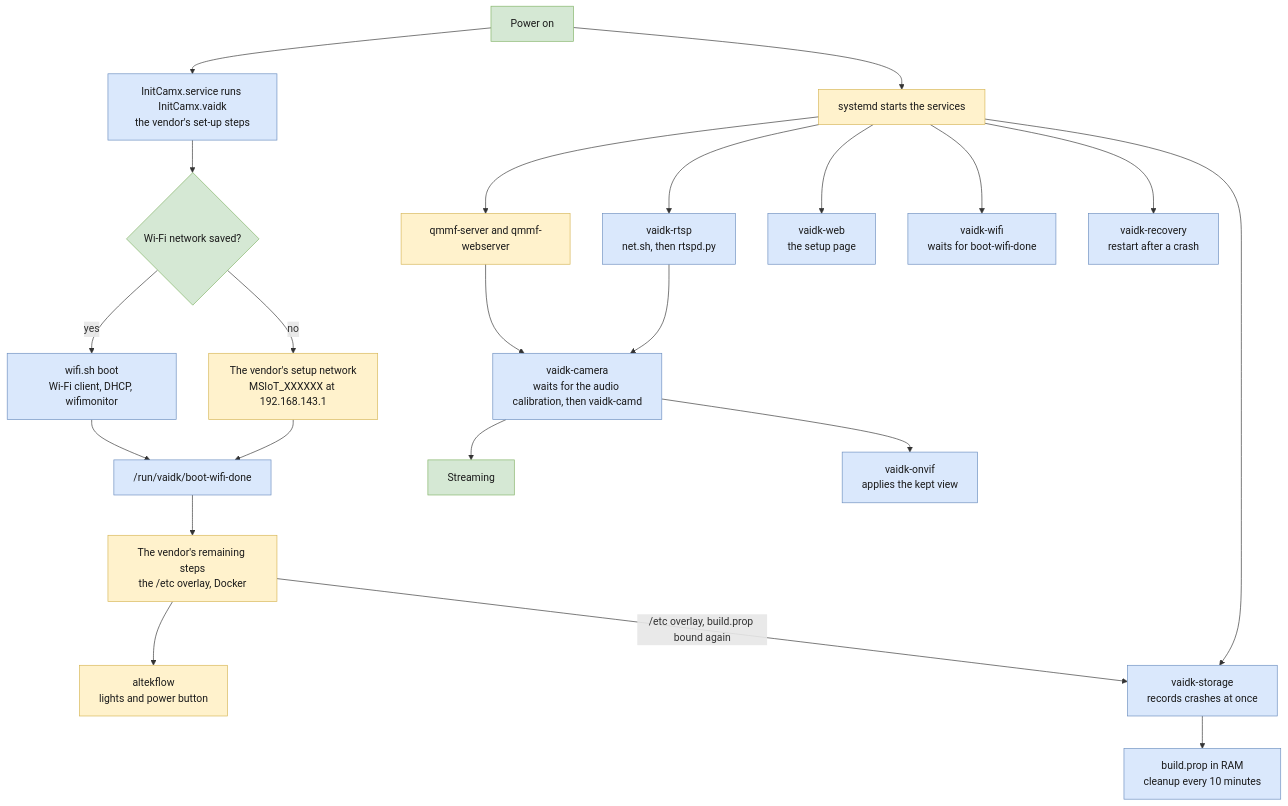
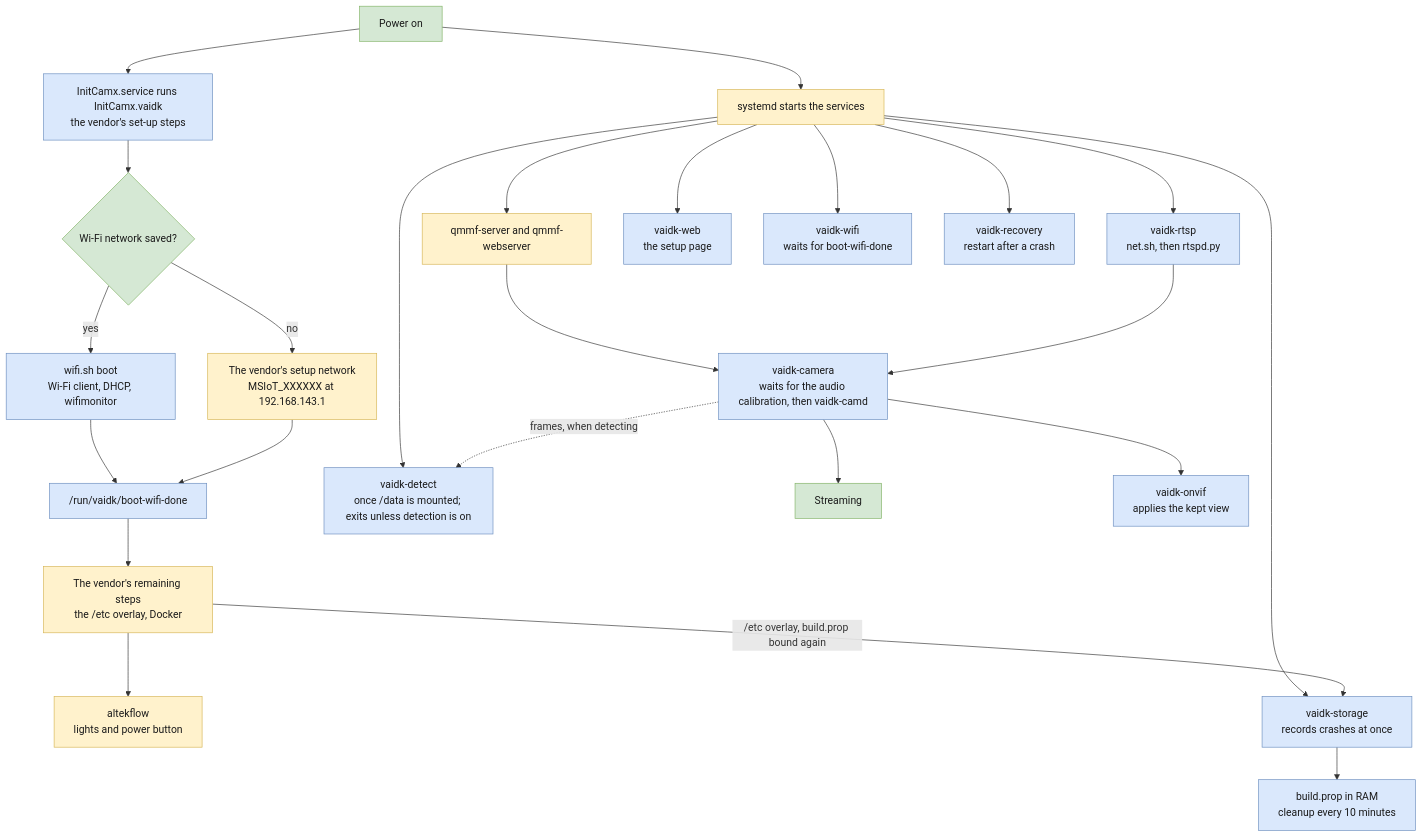
Before and after one commit to howardginsburg/VisionAIDevKitRTSP: the eighth of 10 diagrams in ARCHITECTURE.md, drawn with Mermaid. The commit also changed other lines of this file and 28 other files, not shown here.

````diff
--- a/ARCHITECTURE.md
+++ b/ARCHITECTURE.md
@@ -317,30 +369,32 @@
 ```mermaid
 flowchart TB
     power["Power on"] --> init["InitCamx.service runs InitCamx.vaidk<br/>the vendor's set-up steps"]
     init --> saved{"Wi-Fi network saved?"}
     saved -- "yes" --> join["wifi.sh boot<br/>Wi-Fi client, DHCP, wifimonitor"]
     saved -- "no" --> ap["The vendor's setup network<br/>MSIoT_XXXXXX at 192.168.143.1"]
     join --> done["/run/vaidk/boot-wifi-done"]
     ap --> done
     done --> rest["The vendor's remaining steps<br/>the /etc overlay, Docker"]
     rest --> altek["altekflow<br/>lights and power button"]
     power --> svc["systemd starts the services"]
     svc --> qmmf["qmmf-server and qmmf-webserver"]
     svc --> rtsp["vaidk-rtsp<br/>net.sh, then rtspd.py"]
     svc --> web["vaidk-web<br/>the setup page"]
     svc --> watch["vaidk-wifi<br/>waits for boot-wifi-done"]
     svc --> recovery["vaidk-recovery<br/>restart after a crash"]
     svc --> storage["vaidk-storage<br/>records crashes at once"]
+    svc --> det["vaidk-detect<br/>once /data is mounted; exits unless detection is on"]
     rest -- "/etc overlay, build.prop bound again" --> storage
     storage --> ram["build.prop in RAM<br/>cleanup every 10 minutes"]
     qmmf --> cam["vaidk-camera<br/>waits for the audio calibration, then vaidk-camd"]
     rtsp --> cam
     cam --> streaming["Streaming"]
     cam --> onvif["vaidk-onvif<br/>applies the kept view"]
+    cam -. "frames, when detecting" .-> det
     classDef mod fill:#dae8fc,stroke:#6c8ebf,color:#1a1a1a
     classDef os fill:#fff2cc,stroke:#d6b656,color:#1a1a1a
     classDef use fill:#d5e8d4,stroke:#82b366,color:#1a1a1a
-    class init,join,done,rtsp,web,watch,recovery,storage,ram,cam,onvif mod
+    class init,join,done,rtsp,web,watch,recovery,storage,ram,cam,onvif,det mod
     class ap,rest,altek,svc,qmmf os
     class power,saved,streaming use
 ```
````
